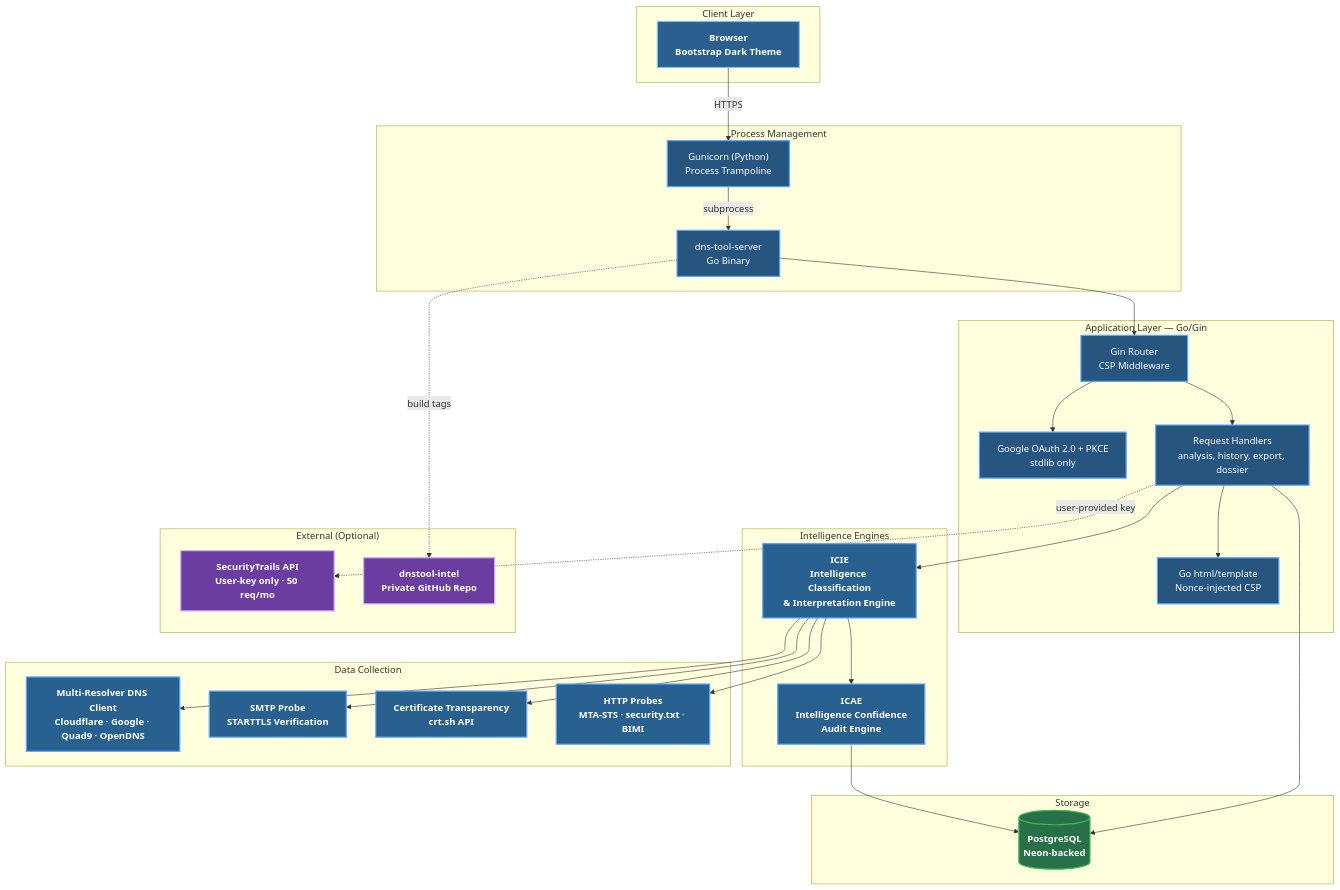
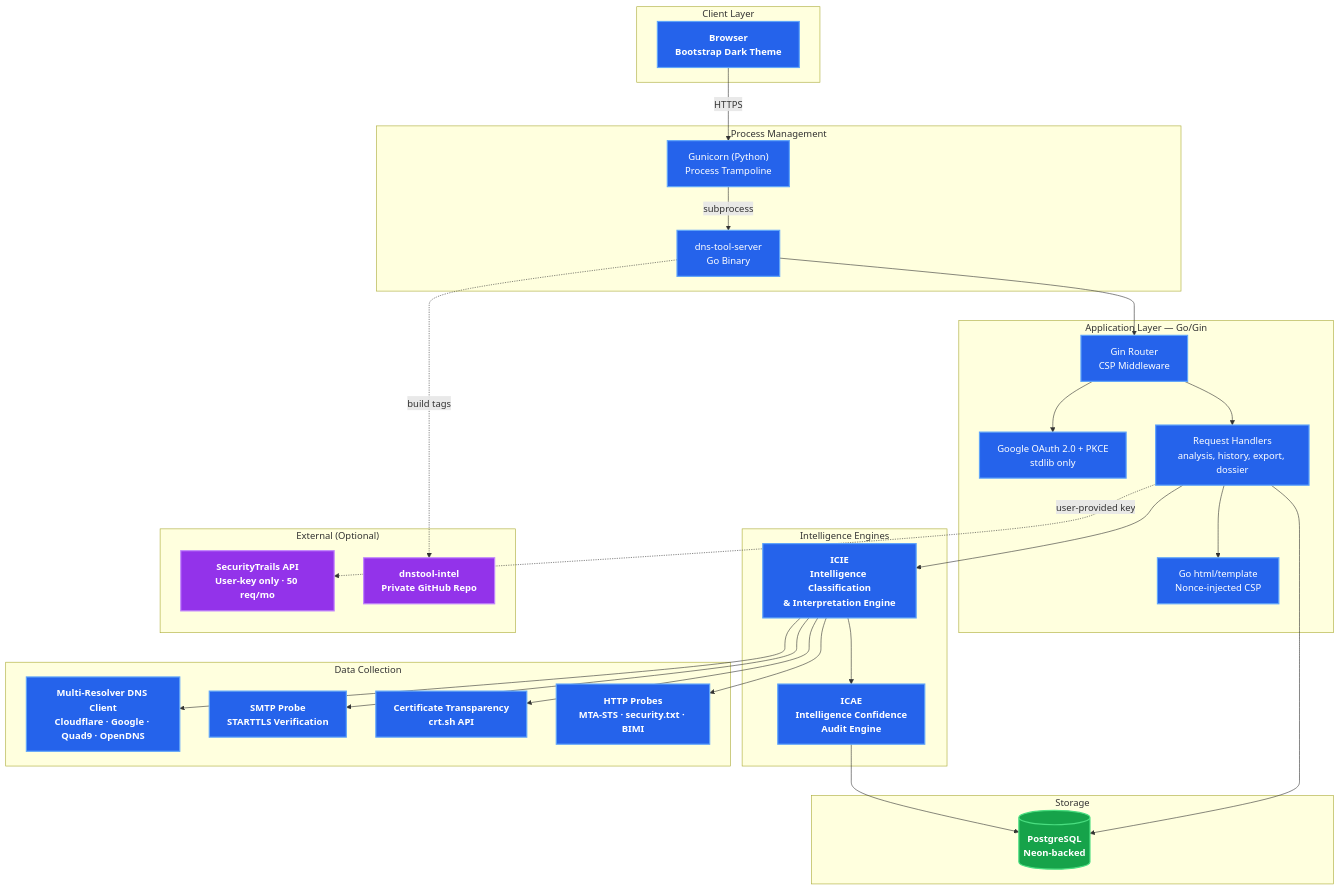
The first of 7 diagrams in docs/architecture/SYSTEM_ARCHITECTURE.md (careyjames/DnsToolWeb), drawn with Mermaid before and after one commit. The commit also changed other lines of this file and 1 other file, not shown here.

First line of the commit message:
Improve diagram colors and visibility by adjusting styling and scripts

````diff
--- a/docs/architecture/SYSTEM_ARCHITECTURE.md
+++ b/docs/architecture/SYSTEM_ARCHITECTURE.md
@@ -5,70 +5,70 @@
 ```mermaid
 graph TB
     subgraph "Client Layer"
         Browser["Browser<br/>Bootstrap Dark Theme"]
     end
 
     subgraph "Process Management"
         Gunicorn["Gunicorn (Python)<br/>Process Trampoline"]
         GoBinary["dns-tool-server<br/>Go Binary"]
     end
 
     subgraph "Application Layer — Go/Gin"
         Router["Gin Router<br/>CSP Middleware"]
         Auth["Google OAuth 2.0 + PKCE<br/>stdlib only"]
         Handlers["Request Handlers<br/>analysis, history, export, dossier"]
         Templates["Go html/template<br/>Nonce-injected CSP"]
     end
 
     subgraph "Intelligence Engines"
         ICIE["ICIE<br/>Intelligence Classification<br/>& Interpretation Engine"]
         ICAE["ICAE<br/>Intelligence Confidence<br/>Audit Engine"]
     end
 
     subgraph "Data Collection"
         DNSClient["Multi-Resolver DNS Client<br/>Cloudflare · Google · Quad9 · OpenDNS"]
         SMTP["SMTP Probe<br/>STARTTLS Verification"]
         CT["Certificate Transparency<br/>crt.sh API"]
         HTTP["HTTP Probes<br/>MTA-STS · security.txt · BIMI"]
     end
 
     subgraph "Storage"
         PG[("PostgreSQL<br/>Neon-backed")]
     end
 
     subgraph "External (Optional)"
         SecurityTrails["SecurityTrails API<br/>User-key only · 50 req/mo"]
         IntelRepo["dnstool-intel<br/>Private GitHub Repo"]
     end
 
     Browser -->|"HTTPS"| Gunicorn
     Gunicorn -->|"subprocess"| GoBinary
     GoBinary --> Router
     Router --> Auth
     Router --> Handlers
     Handlers --> Templates
     Handlers --> ICIE
     ICIE --> DNSClient
     ICIE --> SMTP
     ICIE --> CT
     ICIE --> HTTP
     ICIE --> ICAE
     Handlers --> PG
     ICAE --> PG
     Handlers -.->|"user-provided key"| SecurityTrails
     GoBinary -.->|"build tags"| IntelRepo
 
-    classDef default fill:#22476e,stroke:#5ba3e0,stroke-width:2px,color:#f0f6fc
-    classDef engine fill:#28608f,stroke:#58a6ff,stroke-width:2px,color:#fff,font-weight:bold
-    classDef storage fill:#28704a,stroke:#3fb950,stroke-width:2px,color:#fff,font-weight:bold
-    classDef external fill:#6b3da0,stroke:#d2a8ff,stroke-width:2px,color:#fff,font-weight:bold
-    classDef client fill:#2a5f8f,stroke:#79c0ff,stroke-width:2px,color:#fff,font-weight:bold
-    classDef app fill:#265580,stroke:#58a6ff,stroke-width:2px,color:#fff
+    classDef default fill:#2563eb,stroke:#60a5fa,stroke-width:2px,color:#f0f6fc
+    classDef engine fill:#2563eb,stroke:#60a5fa,stroke-width:2px,color:#fff,font-weight:bold
+    classDef storage fill:#16a34a,stroke:#4ade80,stroke-width:2px,color:#fff,font-weight:bold
+    classDef external fill:#9333ea,stroke:#c084fc,stroke-width:2px,color:#fff,font-weight:bold
+    classDef client fill:#2563eb,stroke:#60a5fa,stroke-width:2px,color:#fff,font-weight:bold
+    classDef app fill:#2563eb,stroke:#60a5fa,stroke-width:2px,color:#fff
     class ICIE,ICAE engine
     class PG storage
     class SecurityTrails,IntelRepo external
     class Browser client
     class Router,Auth,Handlers,Templates app
     class DNSClient,SMTP,CT,HTTP engine
     class Gunicorn,GoBinary app
 ```
````
